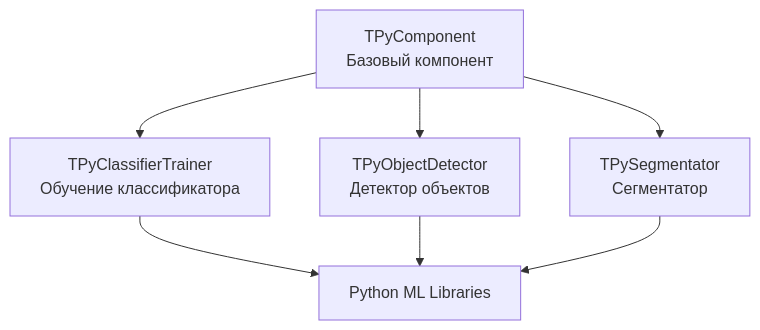
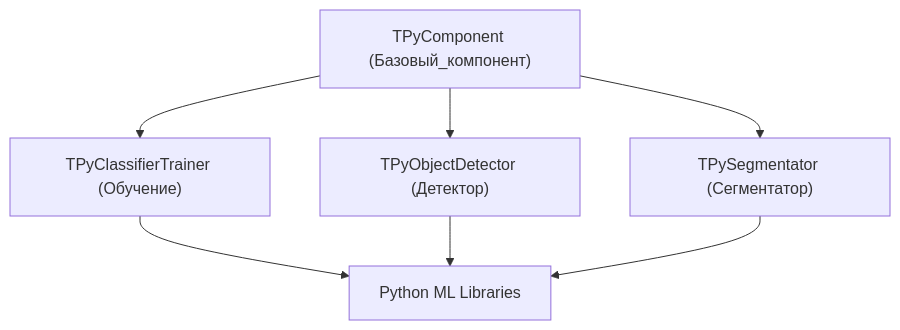
The second of 3 diagrams in Docs/Architecture.md (aicommunity/Rdk-PyMachineLearningLib), drawn with Mermaid before and after one commit. The commit also changed other lines of this file and 1 other file, not shown here.

````diff
--- a/Docs/Architecture.md
+++ b/Docs/Architecture.md
@@ -25,15 +25,15 @@
 ```mermaid
 flowchart TB
-    TPyComponent[TPyComponent<br/>Базовый компонент]
-    TPyClassifier[TPyClassifierTrainer<br/>Обучение классификатора]
-    TPyDetector[TPyObjectDetector<br/>Детектор объектов]
-    TPySegmentator[TPySegmentator<br/>Сегментатор]
+    TPyComponent["TPyComponent (Базовый_компонент)"]
+    TPyClassifier["TPyClassifierTrainer (Обучение)"]
+    TPyDetector["TPyObjectDetector (Детектор)"]
+    TPySegmentator["TPySegmentator (Сегментатор)"]
     PythonLib[Python ML Libraries]
     
     TPyComponent --> TPyClassifier
     TPyComponent --> TPyDetector
     TPyComponent --> TPySegmentator
     TPyClassifier --> PythonLib
     TPyDetector --> PythonLib
     TPySegmentator --> PythonLib
 ```
````
